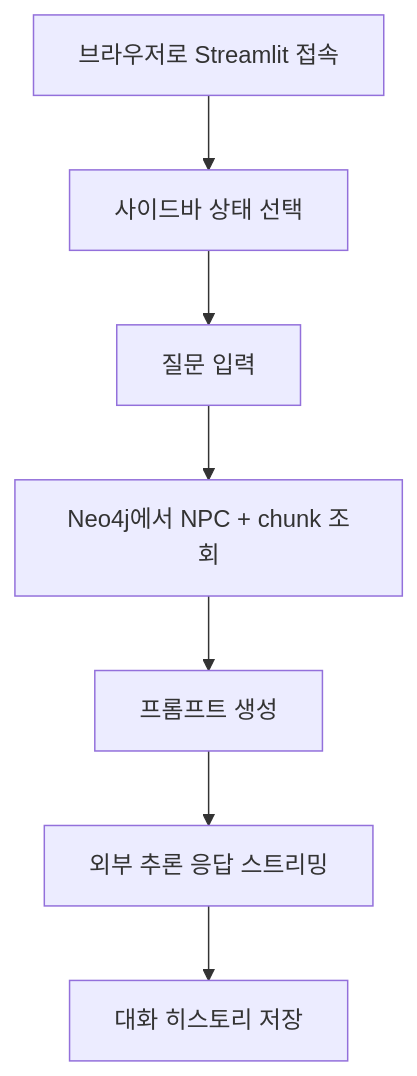
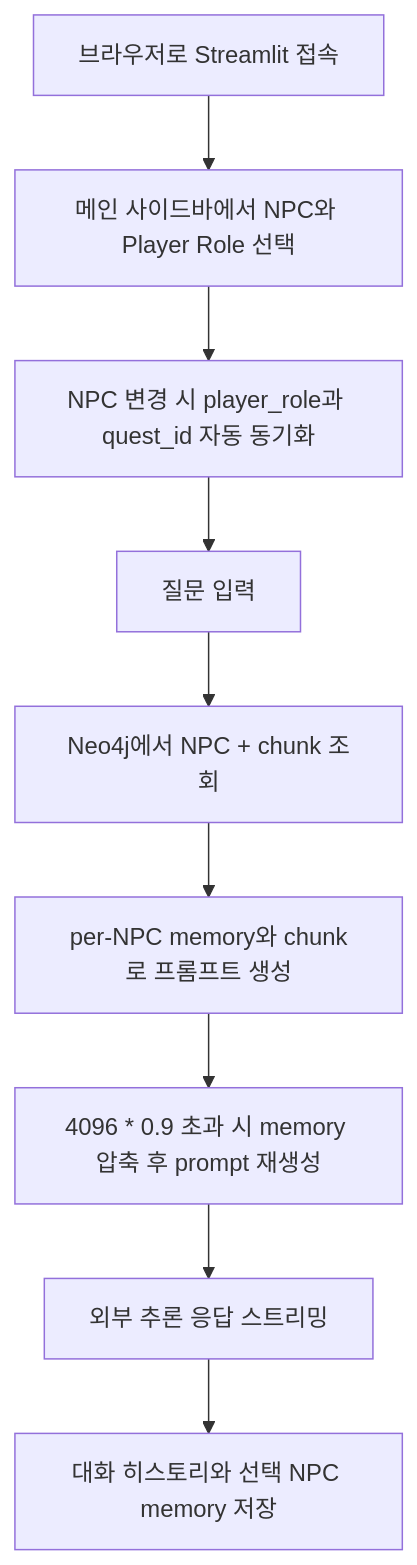
Before and after one commit to HRDI0/npc_persona: diagram 17 of 21 in docs/system_architecture.md, drawn with Mermaid. The commit also changed other lines of this file and 13 other files, not shown here.

````diff
--- a/docs/system_architecture.md
+++ b/docs/system_architecture.md
@@ -710,12 +768,14 @@
 ```mermaid
 flowchart TD
     Open[브라우저로 Streamlit 접속]
-    Select[사이드바 상태 선택]
+    Select[메인 사이드바에서 NPC와 Player Role 선택]
+    Sync[NPC 변경 시 player_role과 quest_id 자동 동기화]
     Ask[질문 입력]
     Retrieve[Neo4j에서 NPC + chunk 조회]
-    Compose[프롬프트 생성]
+    Compose[per-NPC memory와 chunk로 프롬프트 생성]
+    Compact[4096 * 0.9 초과 시 memory 압축 후 prompt 재생성]
     Stream[외부 추론 응답 스트리밍]
-    Save[대화 히스토리 저장]
+    Save[대화 히스토리와 선택 NPC memory 저장]
 
-    Open --> Select --> Ask --> Retrieve --> Compose --> Stream --> Save
+    Open --> Select --> Sync --> Ask --> Retrieve --> Compose --> Compact --> Stream --> Save
 ```
````
